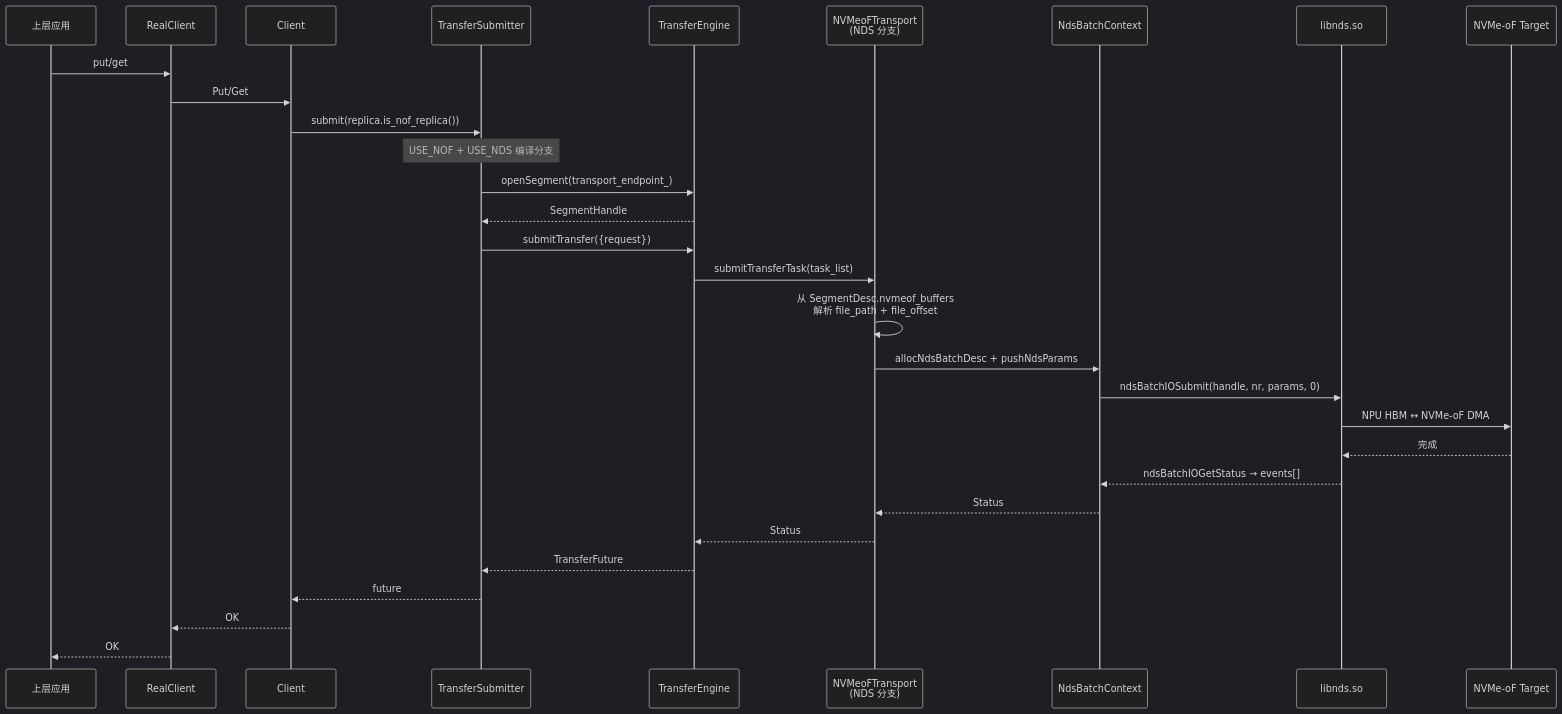
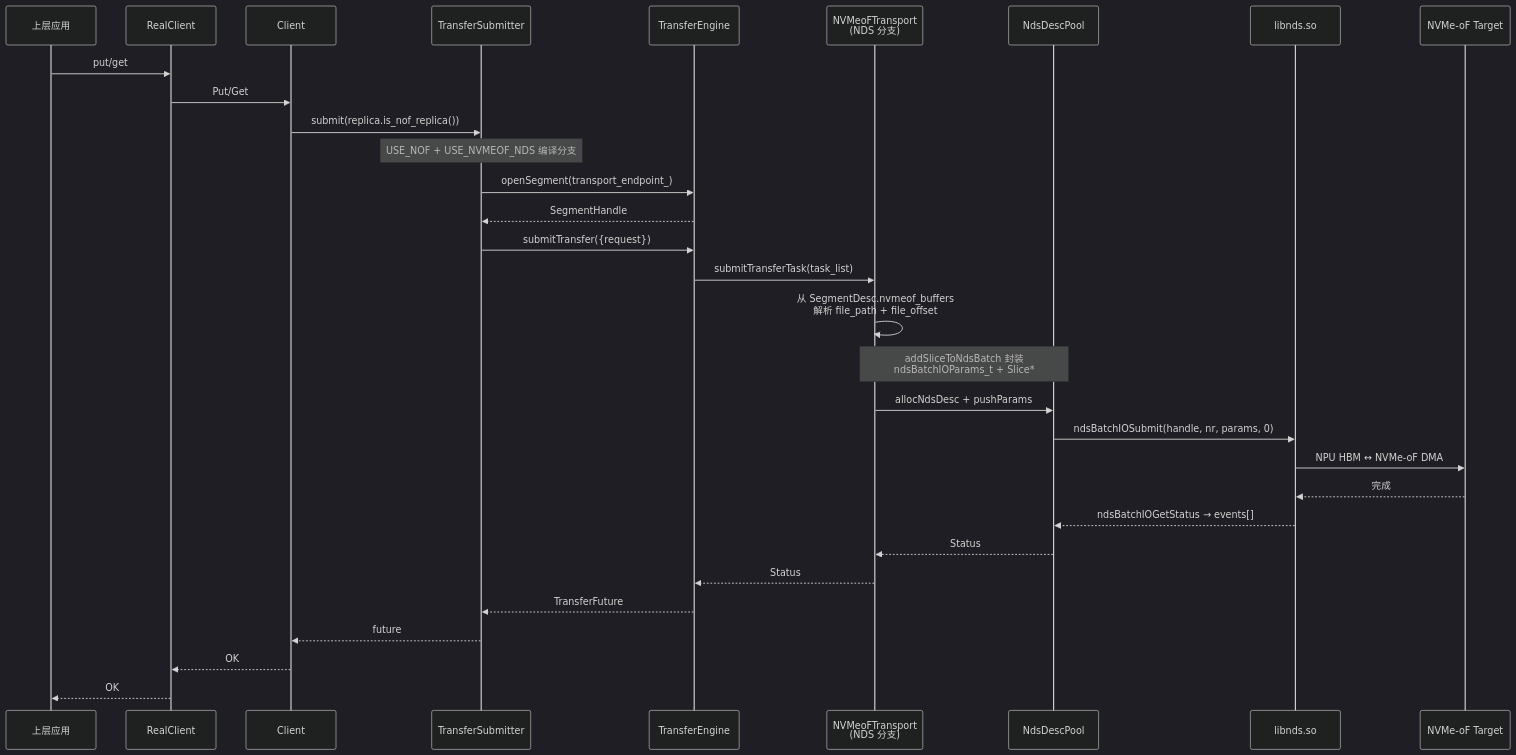
Before and after one commit to yz53665/Mooncake: diagram 17 of 17 in docs/rfc-nds-nvmeof-transport-cn.md, drawn with Mermaid (dark theme). The commit also changed other lines of this file, not shown here.

````diff
--- a/docs/rfc-nds-nvmeof-transport-cn.md
+++ b/docs/rfc-nds-nvmeof-transport-cn.md
@@ -725,33 +730,34 @@
 ```mermaid
 sequenceDiagram
     participant App as 上层应用
     participant RC as RealClient
     participant C as Client
     participant TS as TransferSubmitter
     participant TE as TransferEngine
     participant NVT as NVMeoFTransport<br/>(NDS 分支)
-    participant NdsBatch as NdsBatchContext
+    participant NdsBatch as NdsDescPool
     participant NDS as libnds.so
     participant TGT as NVMe-oF Target
 
     App->>RC: put/get
     RC->>C: Put/Get
     C->>TS: submit(replica.is_nof_replica())
-    Note over TS: USE_NOF + USE_NDS 编译分支
+    Note over TS: USE_NOF + USE_NVMEOF_NDS 编译分支
     TS->>TE: openSegment(transport_endpoint_)
     TE-->>TS: SegmentHandle
     TS->>TE: submitTransfer({request})
     TE->>NVT: submitTransferTask(task_list)
     NVT->>NVT: 从 SegmentDesc.nvmeof_buffers<br/>解析 file_path + file_offset
-    NVT->>NdsBatch: allocNdsBatchDesc + pushNdsParams
+    Note over NVT,NdsBatch: addSliceToNdsBatch 封装<br/>ndsBatchIOParams_t + Slice*
+    NVT->>NdsBatch: allocNdsDesc + pushParams
     NdsBatch->>NDS: ndsBatchIOSubmit(handle, nr, params, 0)
     NDS->>TGT: NPU HBM ↔ NVMe-oF DMA
     TGT-->>NDS: 完成
     NDS-->>NdsBatch: ndsBatchIOGetStatus → events[]
     NdsBatch-->>NVT: Status
     NVT-->>TE: Status
     TE-->>TS: TransferFuture
     TS-->>C: future
     C-->>RC: OK
     RC-->>App: OK
 ```
````
